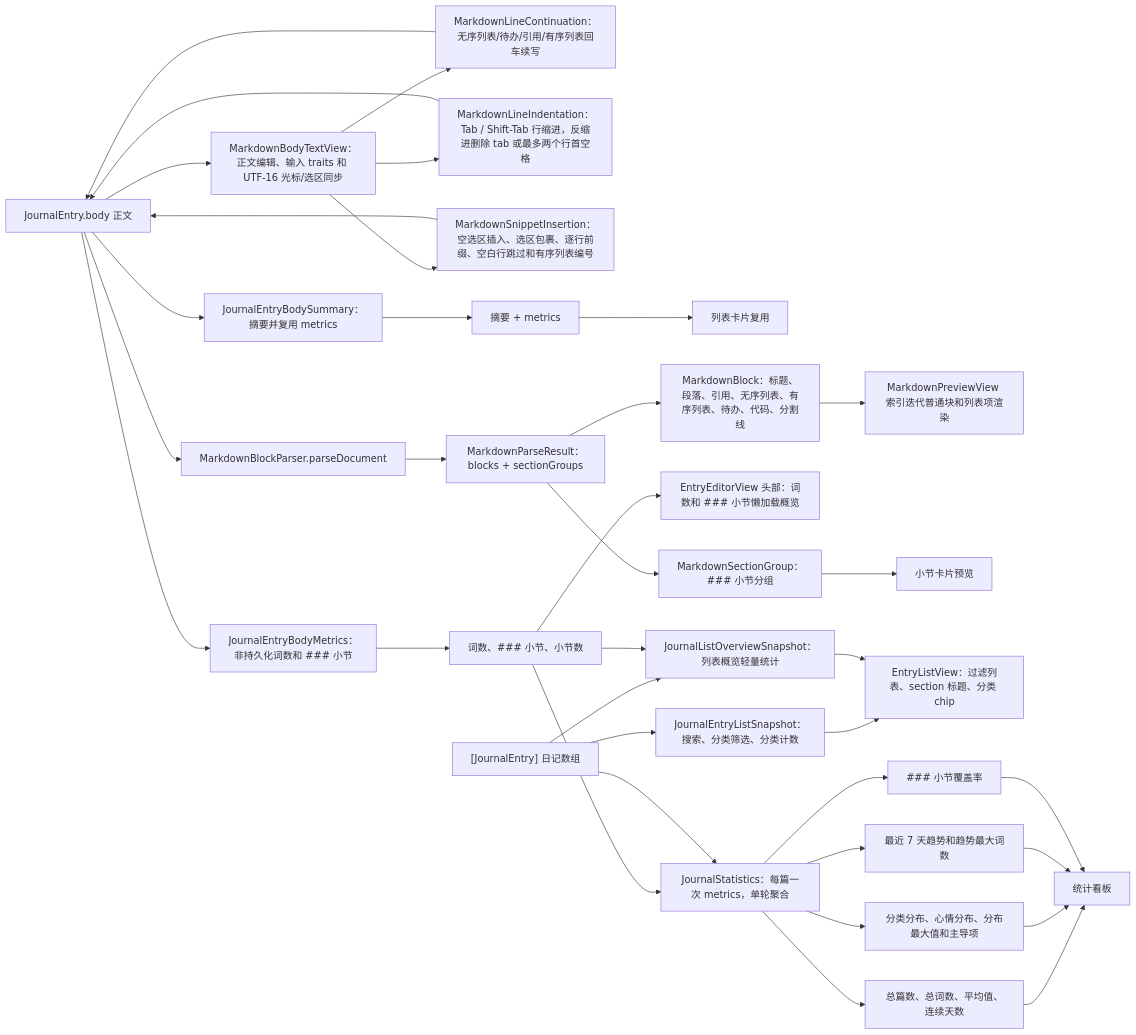
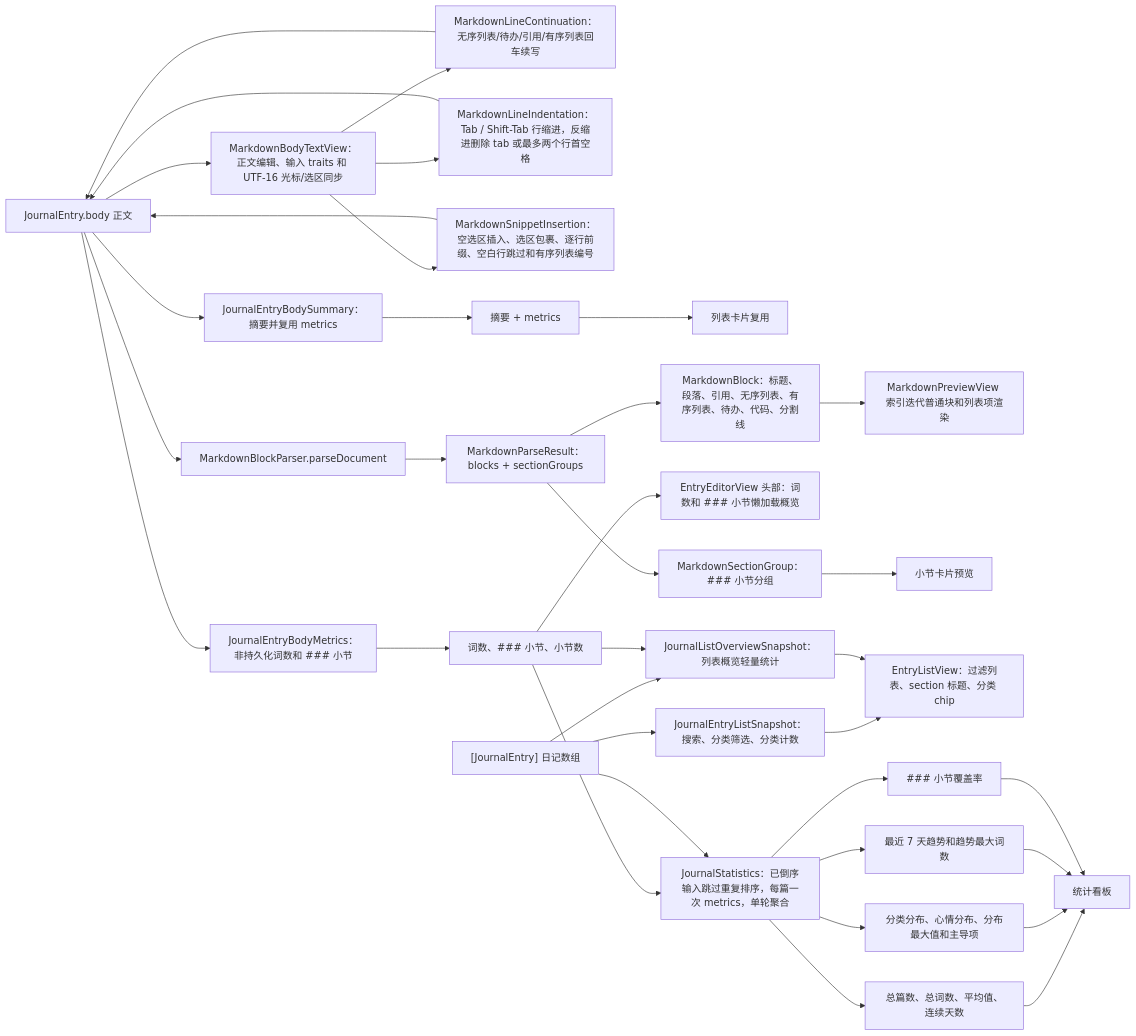
Before and after one commit to Altman-sam114/117: the fourth of 6 diagrams in md/flow/flowchart.md, drawn with Mermaid. The commit also changed other lines of this file and 8 other files, not shown here.

````diff
--- a/md/flow/flowchart.md
+++ b/md/flow/flowchart.md
@@ -121,37 +121,37 @@
 ```mermaid
 flowchart LR
   Body["JournalEntry.body 正文"] --> MetricsNode2["JournalEntryBodyMetrics：非持久化词数和 ### 小节"]
   Body --> Summary["JournalEntryBodySummary：摘要并复用 metrics"]
   Body --> BodyText["MarkdownBodyTextView：正文编辑、输入 traits 和 UTF-16 光标/选区同步"]
   BodyText --> ContinueRule["MarkdownLineContinuation：无序列表/待办/引用/有序列表回车续写"]
   ContinueRule --> Body
   BodyText --> IndentRule["MarkdownLineIndentation：Tab / Shift-Tab 行缩进，反缩进删除 tab 或最多两个行首空格"]
   IndentRule --> Body
   BodyText --> InsertRule["MarkdownSnippetInsertion：空选区插入、选区包裹、逐行前缀、空白行跳过和有序列表编号"]
   InsertRule --> Body
   MetricsNode2 --> MetricsData["词数、### 小节、小节数"]
   Summary --> Excerpt["摘要 + metrics"]
   Excerpt --> RowEditor["列表卡片复用"]
-  MetricsData --> Statistics["JournalStatistics：每篇一次 metrics，单轮聚合"]
+  MetricsData --> Statistics["JournalStatistics：已倒序输入跳过重复排序，每篇一次 metrics，单轮聚合"]
   MetricsData --> EditorHeader["EntryEditorView 头部：词数和 ### 小节懒加载概览"]
   Body --> Parse["MarkdownBlockParser.parseDocument"]
   Parse --> Result["MarkdownParseResult：blocks + sectionGroups"]
   Result --> Blocks["MarkdownBlock：标题、段落、引用、无序列表、有序列表、待办、代码、分割线"]
   Blocks --> Preview["MarkdownPreviewView 索引迭代普通块和列表项渲染"]
   Result --> Sections["MarkdownSectionGroup：### 小节分组"]
   Sections --> SectionPreview["小节卡片预览"]
   Entries["[JournalEntry] 日记数组"] --> Statistics
   Entries --> ListSnapshot2["JournalEntryListSnapshot：搜索、分类筛选、分类计数"]
   ListSnapshot2 --> ListView["EntryListView：过滤列表、section 标题、分类 chip"]
   Entries --> ListOverview2["JournalListOverviewSnapshot：列表概览轻量统计"]
   MetricsData --> ListOverview2
   ListOverview2 --> ListView
   Statistics --> Metrics["总篇数、总词数、平均值、连续天数"]
   Statistics --> Distributions["分类分布、心情分布、分布最大值和主导项"]
   Statistics --> Trend["最近 7 天趋势和趋势最大词数"]
   Statistics --> Coverage["### 小节覆盖率"]
   Metrics --> Dashboard["统计看板"]
   Distributions --> Dashboard
   Trend --> Dashboard
   Coverage --> Dashboard
 ```
````
